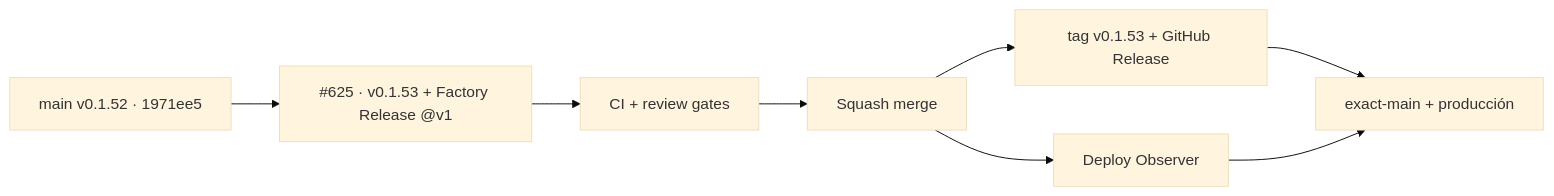
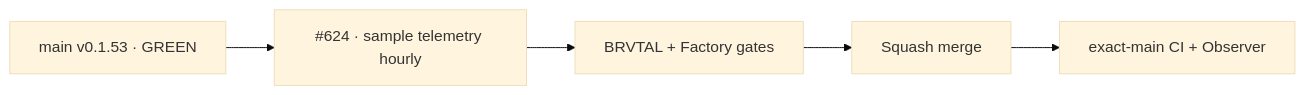
The diagram in README.md (pl0n3r/brvtal), drawn with Mermaid (base theme) before and after one commit. The commit also changed other lines of this file and 5 other files, not shown here.

````diff
--- a/README.md
+++ b/README.md
@@ -50,9 +51,6 @@
 ```mermaid
 flowchart LR
-  B["main v0.1.52 · 1971ee5"] --> P["#625 · v0.1.53 + Factory Release @v1"]
-  P --> C["CI + review gates"] --> M["Squash merge"]
-  M --> R["tag v0.1.53 + GitHub Release"]
-  M --> O["Deploy Observer"]
-  R --> V["exact-main + producción"]
-  O --> V
+  B["main v0.1.53 · GREEN"] --> P["#624 · sample telemetry hourly"]
+  P --> G["BRVTAL + Factory gates"] --> M["Squash merge"]
+  M --> V["exact-main CI + Observer"]
 ```
````
